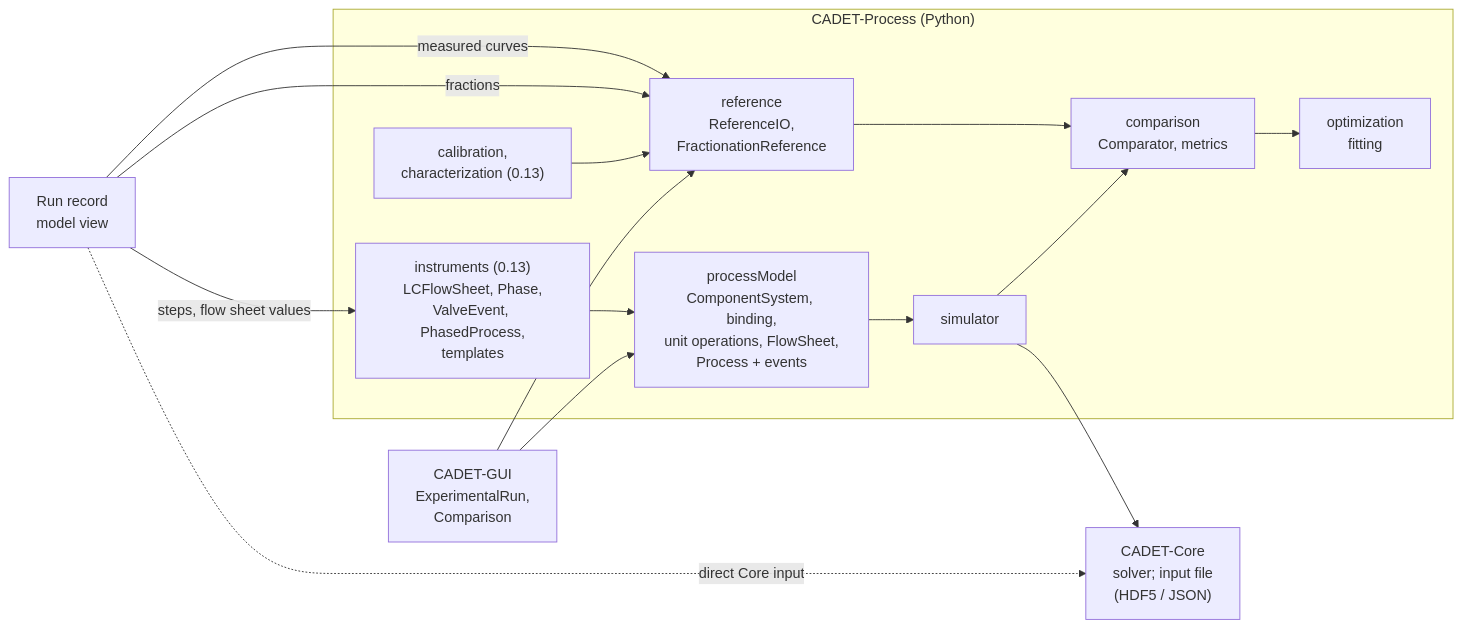
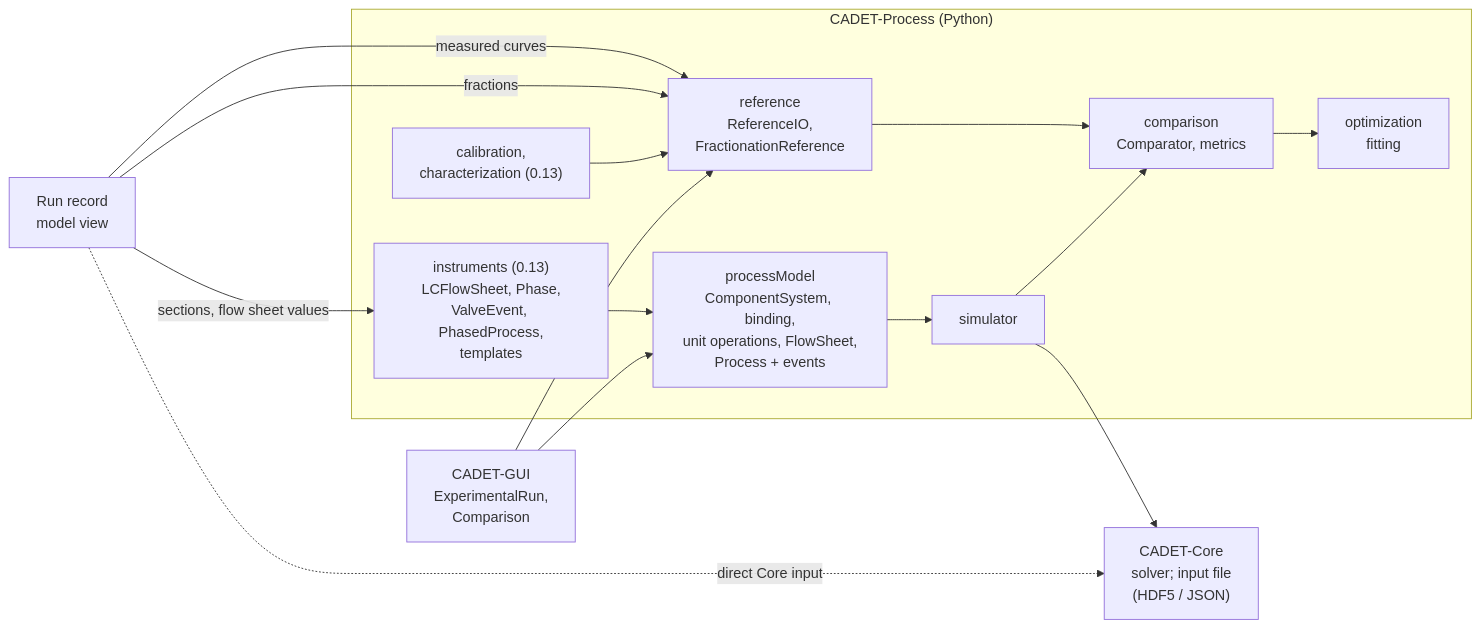
One commit to traylosj/PyCORN changed the seventh of 8 diagrams in docs/RUN_STRUCTURE_RECORD.md. Above: the diagram before and after it, drawn with Mermaid. The commit also changed other lines of this file and 4 other files, not shown here.

First line of the commit message:
Run record proposal: checked against ISA-88 Part 1, sections below the phase

````diff
--- a/docs/RUN_STRUCTURE_RECORD.md
+++ b/docs/RUN_STRUCTURE_RECORD.md
@@ -533,26 +647,26 @@
 ```mermaid
 flowchart LR
     subgraph proc["CADET-Process (Python)"]
         pm["processModel<br/>ComponentSystem, binding,<br/>unit operations, FlowSheet,<br/>Process + events"]
         ins["instruments (0.13)<br/>LCFlowSheet, Phase,<br/>ValveEvent, PhasedProcess,<br/>templates"]
         ref["reference<br/>ReferenceIO,<br/>FractionationReference"]
         cmp["comparison<br/>Comparator, metrics"]
         cal["calibration,<br/>characterization (0.13)"]
         opt["optimization<br/>fitting"]
         simu["simulator"]
     end
     core["CADET-Core<br/>solver; input file<br/>(HDF5 / JSON)"]
     gui["CADET-GUI<br/>ExperimentalRun,<br/>Comparison"]
-    rec["Run record<br/>model view"] -- steps, flow sheet values --> ins
+    rec["Run record<br/>model view"] -- sections, flow sheet values --> ins
     rec -- measured curves --> ref
     rec -- fractions --> ref
     rec -. direct Core input .-> core
     ins --> pm
     pm --> simu --> core
     ref --> cmp
     simu --> cmp
     cmp --> opt
     cal --> ref
     gui --> pm
     gui --> ref
 ```
````
